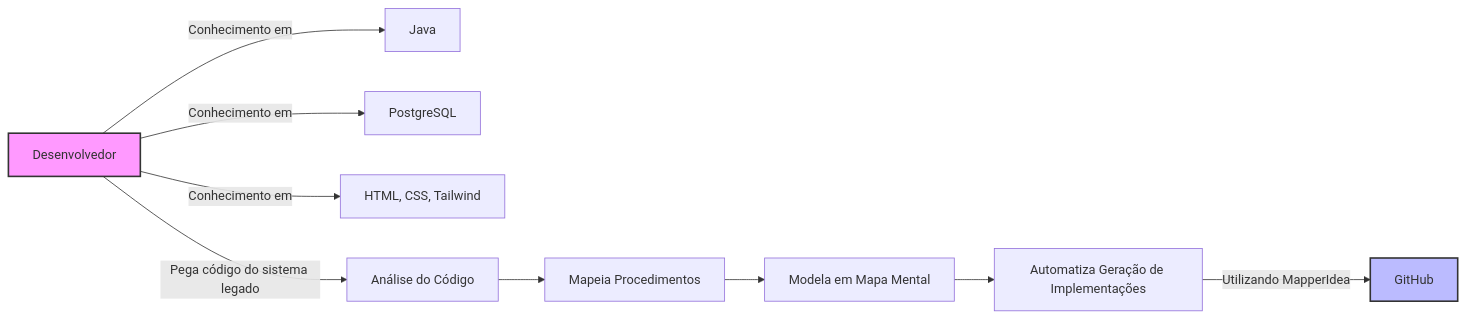
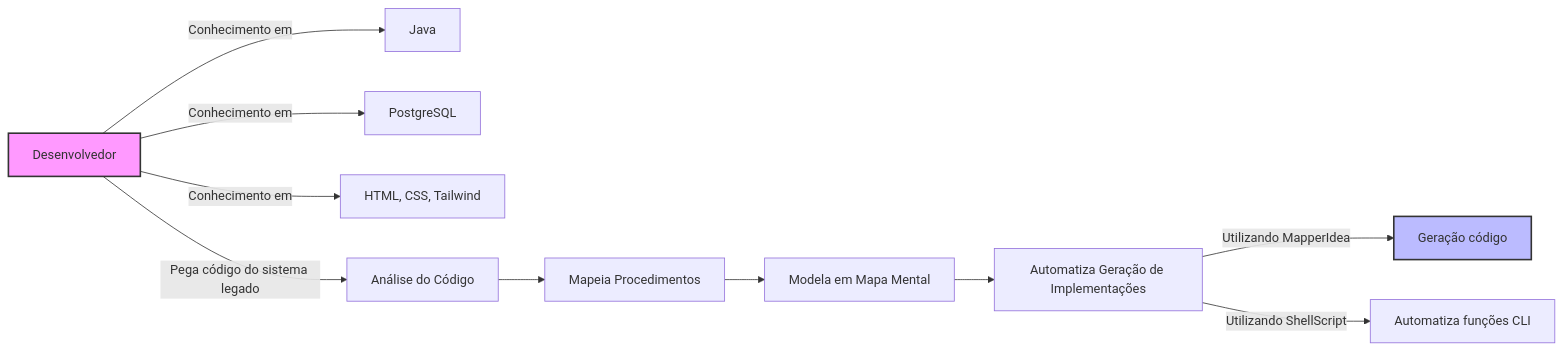
One commit to HamiltonVentura/MapperIdea changed the seventh of 7 diagrams in Readme.md. Above: the diagram before and after it, drawn with Mermaid.

````diff
--- a/Readme.md
+++ b/Readme.md
@@ -251,18 +251,19 @@
 ```mermaid
 flowchart LR
     A[Desenvolvedor] -->|Conhecimento em| B[Java];
     A -->|Conhecimento em| C[PostgreSQL];
     A -->|Conhecimento em| D[HTML, CSS, Tailwind];
 
     A -->|Pega código do sistema legado| E[Análise do Código];
     E --> F[Mapeia Procedimentos];
     F --> G[Modela em Mapa Mental];
     G --> H[Automatiza Geração de Implementações];
 
-    H -->|Utilizando MapperIdea| I[GitHub];
+    H -->|Utilizando MapperIdea| I[Geração código];
+    H -->|Utilizando ShellScript| J[Automatiza funções CLI];
 
     style A fill:#f9f,stroke:#333,stroke-width:2px;
     style I fill:#bbf,stroke:#333,stroke-width:2px;
 
    
 ```
````
